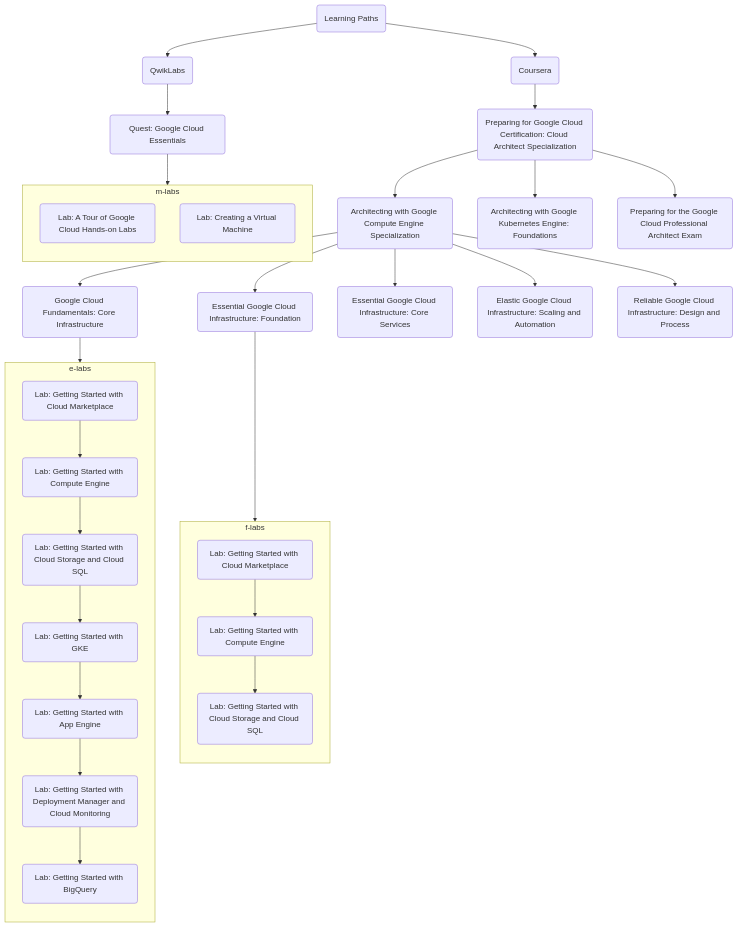
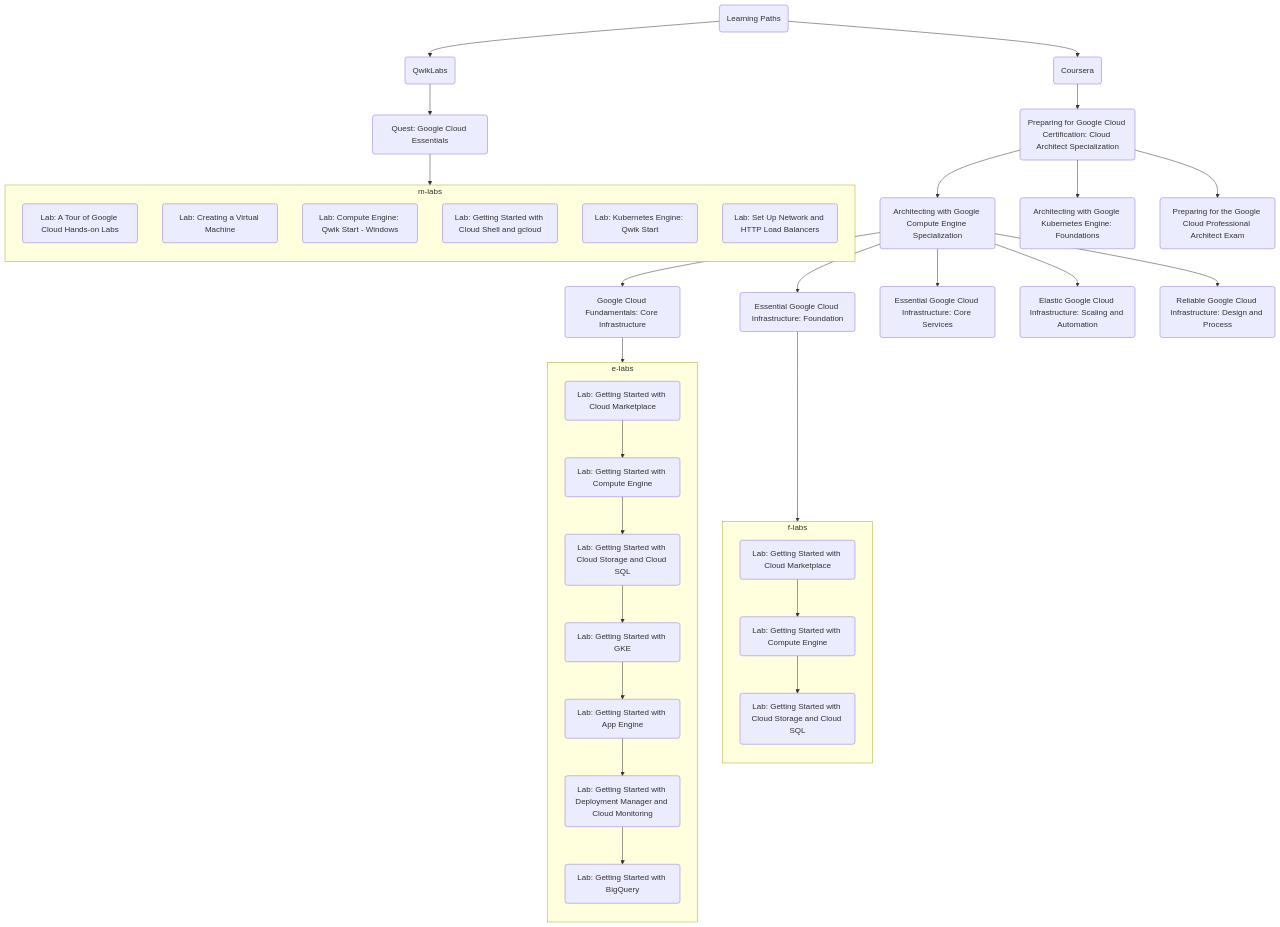
Before and after one commit to apnex/mermaid-api: the diagram in examples/labs4.mmd, drawn with Mermaid. The commit also changed 1 other file, not shown here.

```diff
--- a/examples/labs4.mmd
+++ b/examples/labs4.mmd
@@ -1,44 +1,48 @@
 flowchart TB
 	classDef anode fill:#00ff00,stroke:#333,stroke-width:4px,height:50px,width:600px;
 
 	A(Learning Paths) --> B(Coursera)
 	B --> C(Preparing for Google Cloud Certification: Cloud Architect Specialization)
 	C --> D(Architecting with Google Compute Engine Specialization)
 	D --> E(Google Cloud Fundamentals: Core Infrastructure)
 	D --> F(Essential Google Cloud Infrastructure: Foundation)
 	D --> G(Essential Google Cloud Infrastructure: Core Services)
 	D --> H(Elastic Google Cloud Infrastructure: Scaling and Automation)
 	D --> I(Reliable Google Cloud Infrastructure: Design and Process)
 	C --> J(Architecting with Google Kubernetes Engine: Foundations)
 	C --> K(Preparing for the Google Cloud Professional Architect Exam)
 	A --> L(QwikLabs)
 
 	subgraph f-labs
 	        direction TB
 		F1(Lab: Getting Started with Cloud Marketplace)
 		F2(Lab: Getting Started with Compute Engine)
 		F3(Lab: Getting Started with Cloud Storage and Cloud SQL)
 	        F1 --> F2 --> F3
 	end
 	F --> f-labs
 
 	subgraph e-labs
 	        direction TB
 		E1(Lab: Getting Started with Cloud Marketplace)
 		E2(Lab: Getting Started with Compute Engine)
 		E3(Lab: Getting Started with Cloud Storage and Cloud SQL)
 		E4(Lab: Getting Started with GKE)
 		E5(Lab: Getting Started with App Engine)
 		E6(Lab: Getting Started with Deployment Manager and Cloud Monitoring)
 		E7(Lab: Getting Started with BigQuery)
 	        E1 --> E2 --> E3 --> E4 --> E5 --> E6 --> E7
 	end
 	E --> e-labs
 
 	subgraph m-labs
 	        direction TB
 		M1(Lab: A Tour of Google Cloud Hands-on Labs)
 		M2(Lab: Creating a Virtual Machine)
+		M3(Lab: Compute Engine: Qwik Start - Windows)
+		M4(Lab: Getting Started with Cloud Shell and gcloud)
+		M5(Lab: Kubernetes Engine: Qwik Start)
+		M6(Lab: Set Up Network and HTTP Load Balancers)
 	end
 	L --> M(Quest: Google Cloud Essentials)
 	M --> m-labs
```
